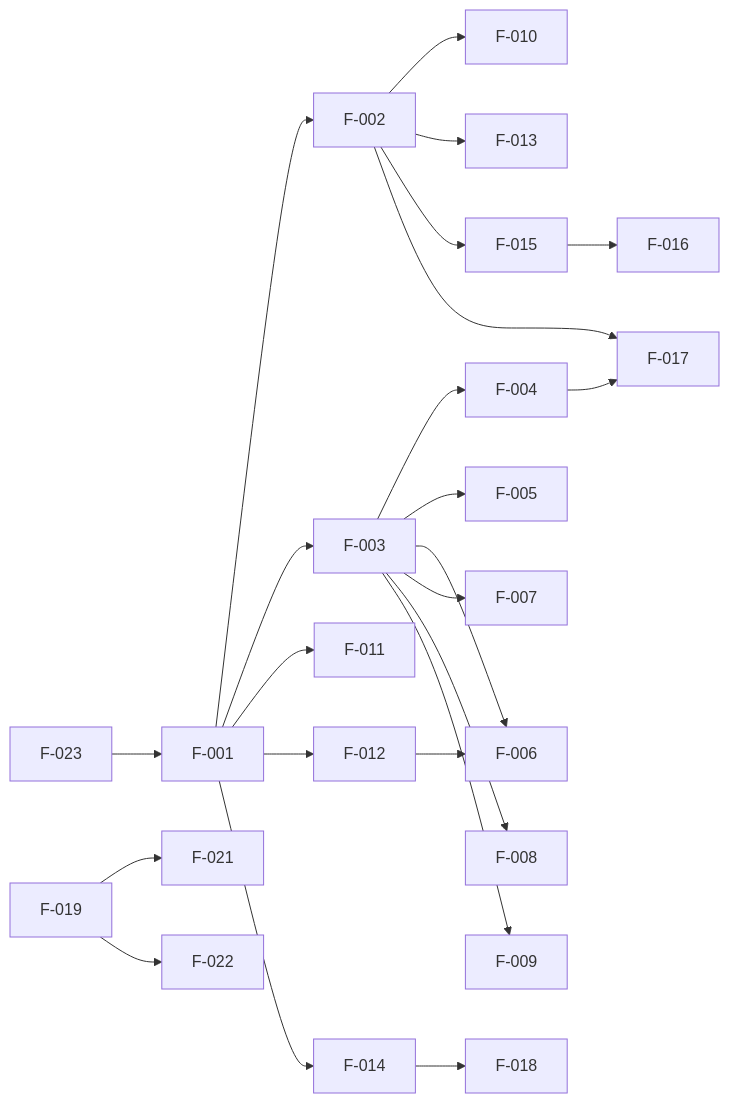
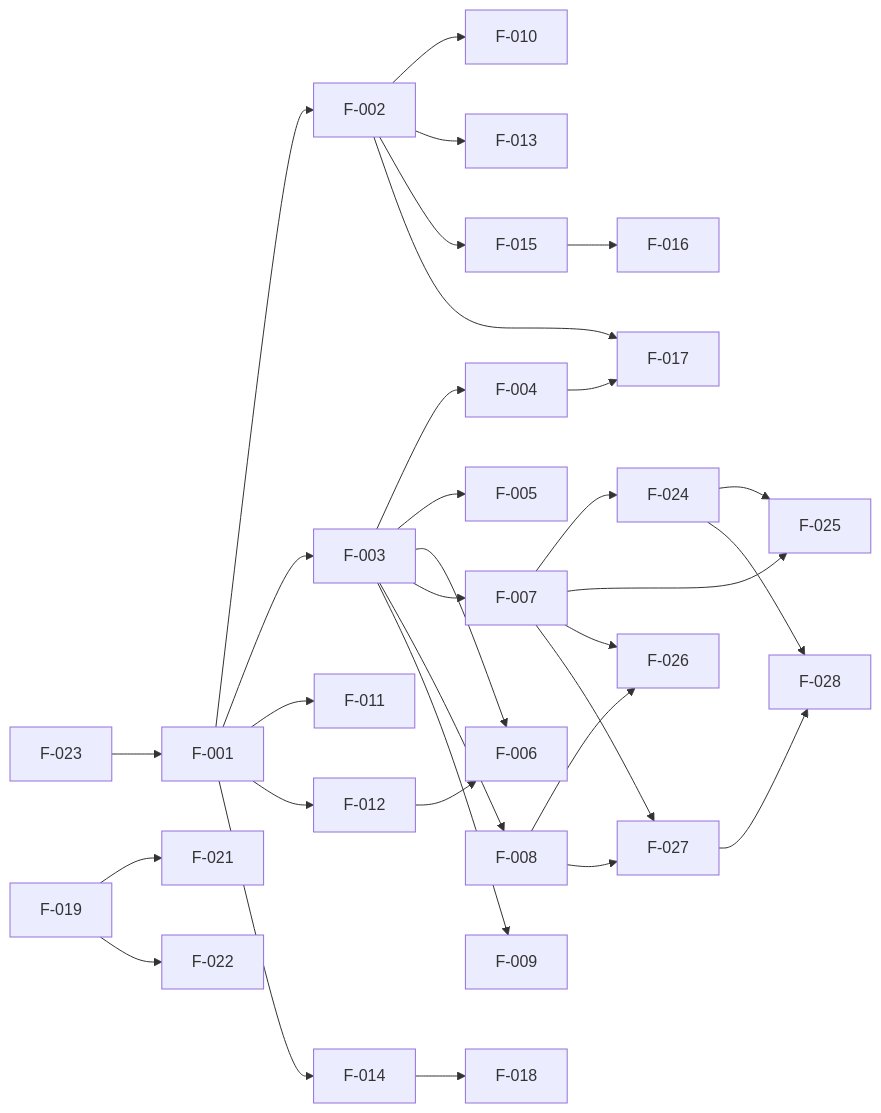
The diagram in specs/20-features/_index.md (thanh-taro/clip-maker), drawn with Mermaid before and after one commit. The commit also changed other lines of this file and 19 other files, not shown here.

````diff
--- a/specs/20-features/_index.md
+++ b/specs/20-features/_index.md
@@ -29,11 +34,15 @@
 ```mermaid
 graph LR
   F-023 --> F-001 --> F-002 & F-003 & F-011 & F-012 & F-014
   F-003 --> F-004 & F-005 & F-006 & F-007 & F-008 & F-009
   F-012 --> F-006
   F-002 --> F-010 & F-013 & F-015 & F-017
   F-004 --> F-017
   F-015 --> F-016
   F-014 --> F-018
   F-019 --> F-021 & F-022
+  F-007 --> F-024 & F-025 & F-026 & F-027
+  F-008 --> F-026 & F-027
+  F-024 --> F-025 & F-028
+  F-027 --> F-028
 ```
````
